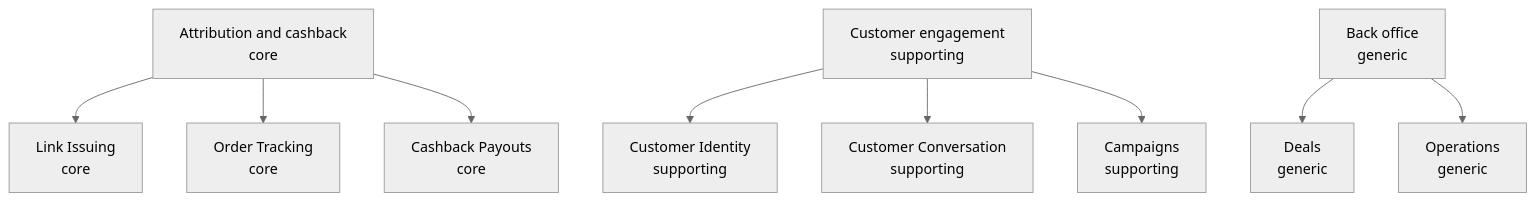
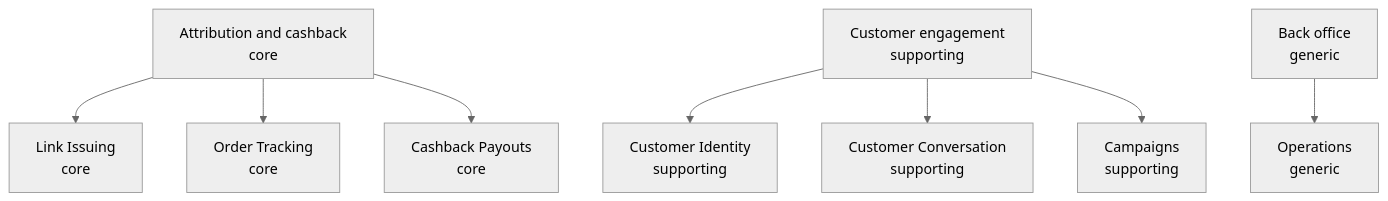
Before and after one commit to Duke0503/shopee-aff: the diagram in docs/domain-viz/strategic-map.md, drawn with Mermaid (neutral theme). The commit also changed other lines of this file and 119 other files, not shown here.

First line of the commit message:
docs(design): UX spines, design skills, status flows and deals removal

````diff
--- a/docs/domain-viz/strategic-map.md
+++ b/docs/domain-viz/strategic-map.md
@@ -7,22 +7,20 @@
 ```mermaid
 flowchart TB
     subdomain_attribution["Attribution and cashback<br/>core"]
     subdomain_attribution --> linking
     subdomain_attribution --> orders
     subdomain_attribution --> payouts
     subdomain_engagement["Customer engagement<br/>supporting"]
     subdomain_engagement --> identity
     subdomain_engagement --> messaging
     subdomain_engagement --> campaigns
     subdomain_back_office["Back office<br/>generic"]
-    subdomain_back_office --> catalog
     subdomain_back_office --> operations
     identity["Customer Identity<br/>supporting"]
     linking["Link Issuing<br/>core"]
     orders["Order Tracking<br/>core"]
     payouts["Cashback Payouts<br/>core"]
     campaigns["Campaigns<br/>supporting"]
     messaging["Customer Conversation<br/>supporting"]
-    catalog["Deals<br/>generic"]
     operations["Operations<br/>generic"]
 ```
````
